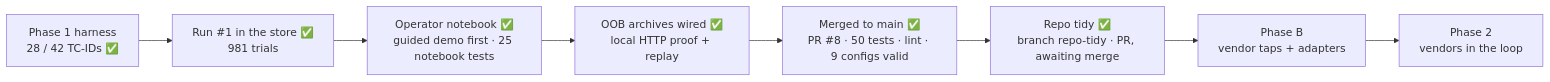
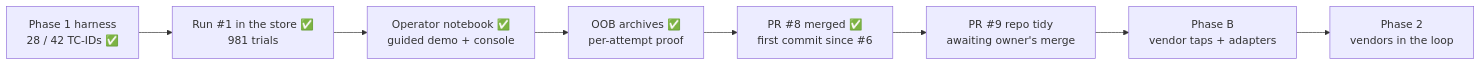
The diagram in STATUS.md (hackershmave1/guardrail-eval), drawn with Mermaid before and after one commit. The commit also changed other lines of this file, not shown here.

````diff
--- a/STATUS.md
+++ b/STATUS.md
@@ -6,10 +7,10 @@
 ```mermaid
 flowchart LR
     A["Phase 1 harness<br/>28 / 42 TC-IDs ✅"] --> B["Run #1 in the store ✅<br/>981 trials"]
-    B --> C["Operator notebook ✅<br/>guided demo first · 25 notebook tests"]
-    C --> D["OOB archives wired ✅<br/>local HTTP proof + replay"]
-    D --> P["Merged to main ✅<br/>PR #8 · 50 tests · lint · 9 configs valid"]
-    P --> T["Repo tidy ✅<br/>branch repo-tidy · PR, awaiting merge"]
+    B --> C["Operator notebook ✅<br/>guided demo + console"]
+    C --> D["OOB archives ✅<br/>per-attempt proof"]
+    D --> P["PR #8 merged ✅<br/>first commit since #6"]
+    P --> T["PR #9 repo tidy<br/>awaiting owner's merge"]
     T --> F["Phase B<br/>vendor taps + adapters"]
     F --> G["Phase 2<br/>vendors in the loop"]
 ```
````
